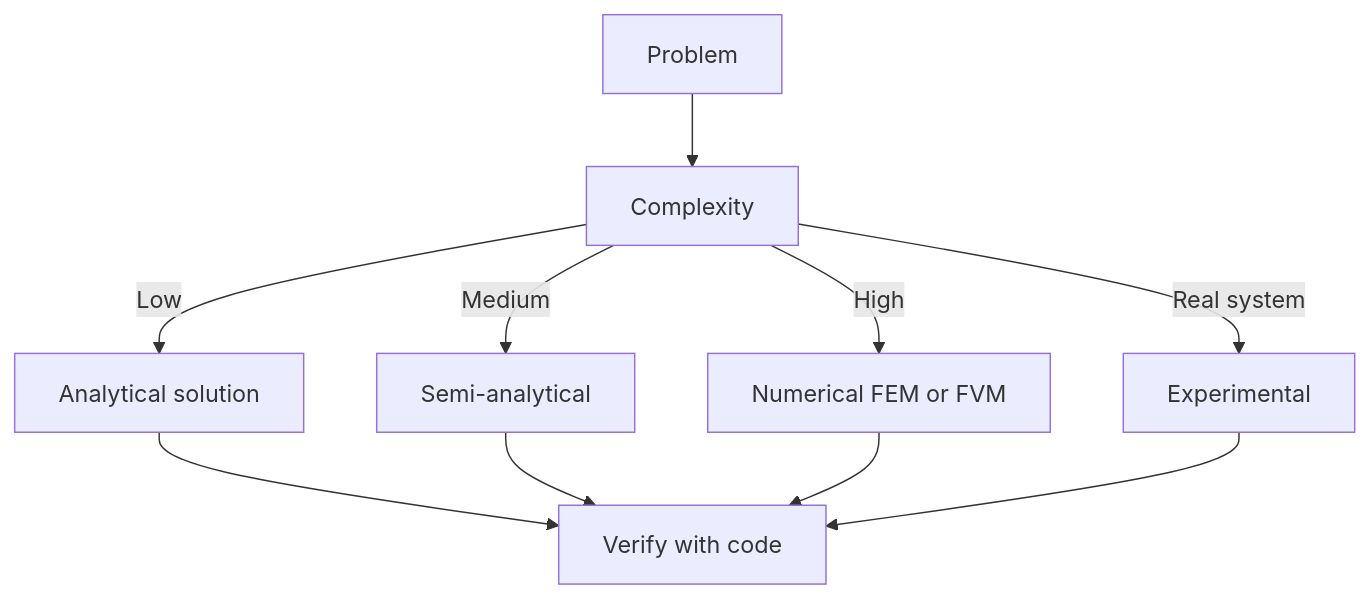
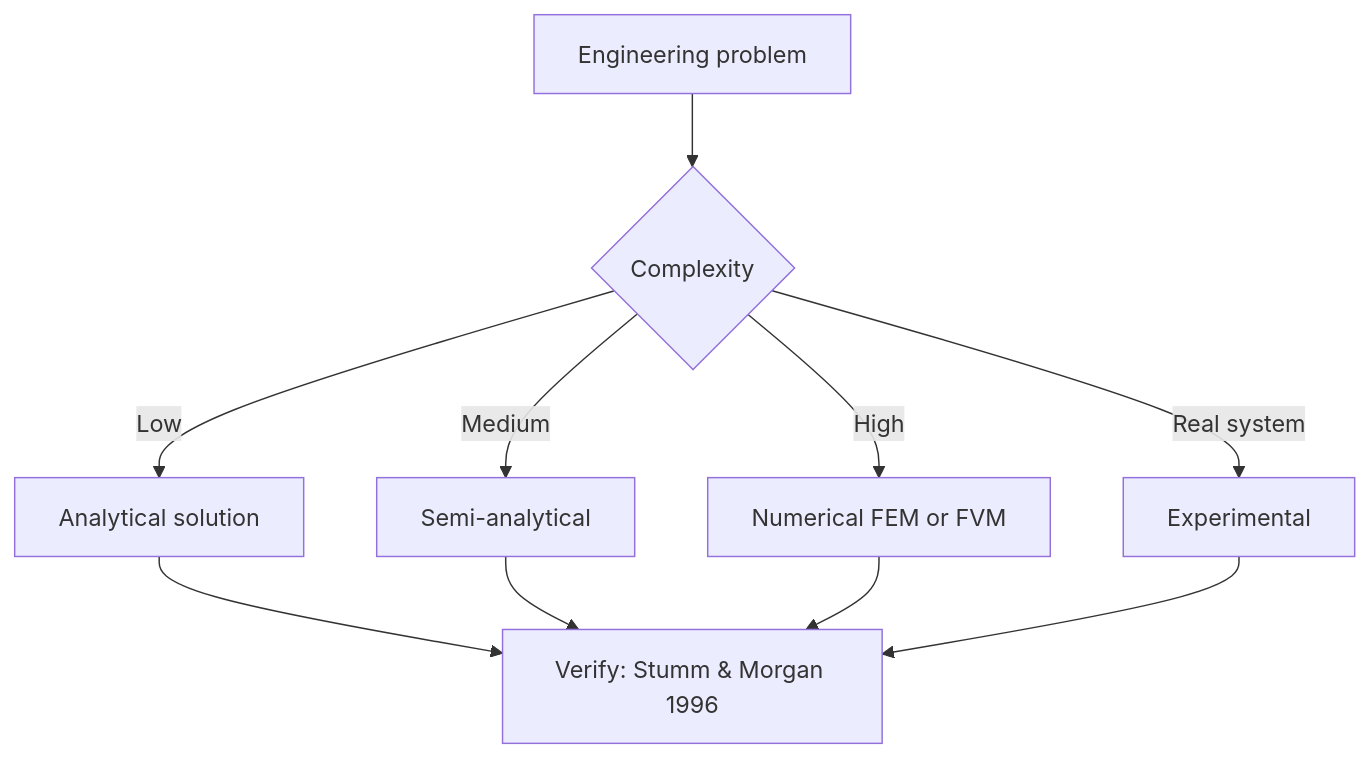
The third of 6 diagrams in MIT_CEE_MEng_SMD/15_1.001_Engineering_Computation_and_Data_Science.md (yip-lgtm/civil-bootcamp), drawn with Mermaid before and after one commit. The commit also changed other lines of this file and 56 other files, not shown here.

````diff
--- a/MIT_CEE_MEng_SMD/15_1.001_Engineering_Computation_and_Data_Science.md
+++ b/MIT_CEE_MEng_SMD/15_1.001_Engineering_Computation_and_Data_Science.md
@@ -388,12 +465,12 @@
 ```mermaid
 flowchart TD
-    Start[Problem] --> Q[Complexity]
-    Q -->|Low| Anal[Analytical solution]
-    Q -->|Medium| Semi[Semi-analytical]
-    Q -->|High| Num[Numerical FEM or FVM]
-    Q -->|Real system| Exp[Experimental]
-    Anal --> V[Verify with code]
-    Semi --> V
-    Num --> V
-    Exp --> V
+    A[Engineering problem] --> B{Complexity}
+    B -->|Low| C[Analytical solution]
+    B -->|Medium| D[Semi-analytical]
+    B -->|High| E[Numerical FEM or FVM]
+    B -->|Real system| F[Experimental]
+    C --> G[Verify: Stumm & Morgan 1996]
+    D --> G
+    E --> G
+    F --> G
 ```
````
